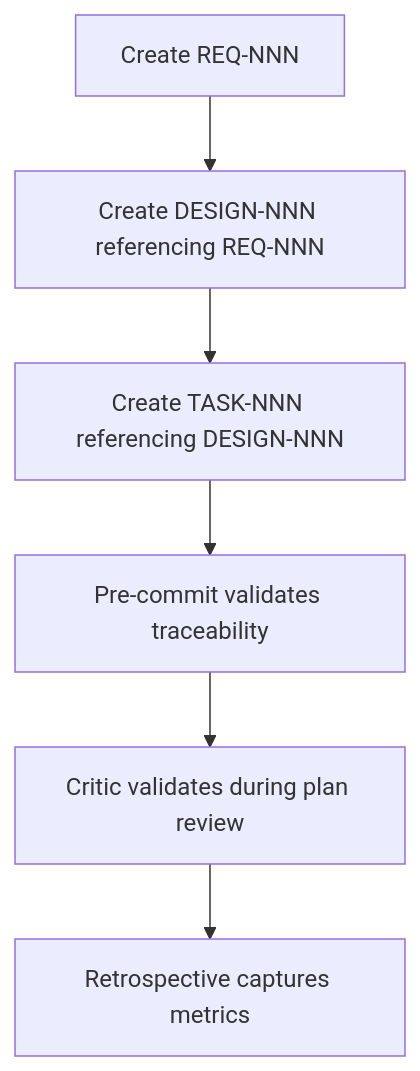
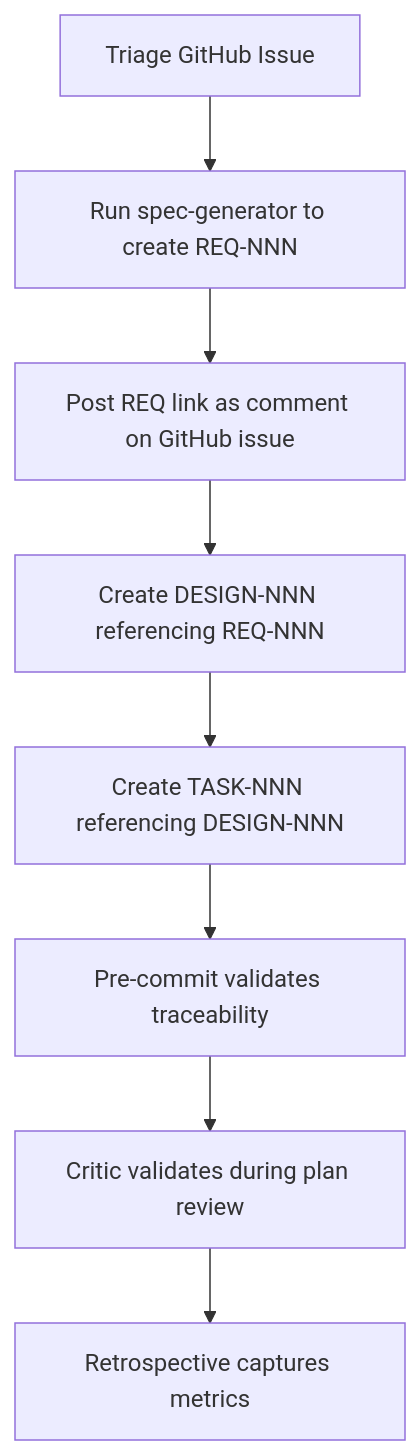
One commit to rjmurillo/ai-agents changed the second of 3 diagrams in .agents/governance/traceability-protocol.md. Above: the diagram before and after it, drawn with Mermaid. The commit also changed 3 other files, not shown here.

````diff
--- a/.agents/governance/traceability-protocol.md
+++ b/.agents/governance/traceability-protocol.md
@@ -247,8 +247,10 @@
 ```mermaid
 graph TD
-    A[Create REQ-NNN] --> B[Create DESIGN-NNN referencing REQ-NNN]
-    B --> C[Create TASK-NNN referencing DESIGN-NNN]
-    C --> D[Pre-commit validates traceability]
-    D --> E[Critic validates during plan review]
-    E --> F[Retrospective captures metrics]
+    A[Triage GitHub Issue] --> B[Run spec-generator to create REQ-NNN]
+    B --> C[Post REQ link as comment on GitHub issue]
+    C --> D[Create DESIGN-NNN referencing REQ-NNN]
+    D --> E[Create TASK-NNN referencing DESIGN-NNN]
+    E --> F[Pre-commit validates traceability]
+    F --> G[Critic validates during plan review]
+    G --> H[Retrospective captures metrics]
 ```
````
